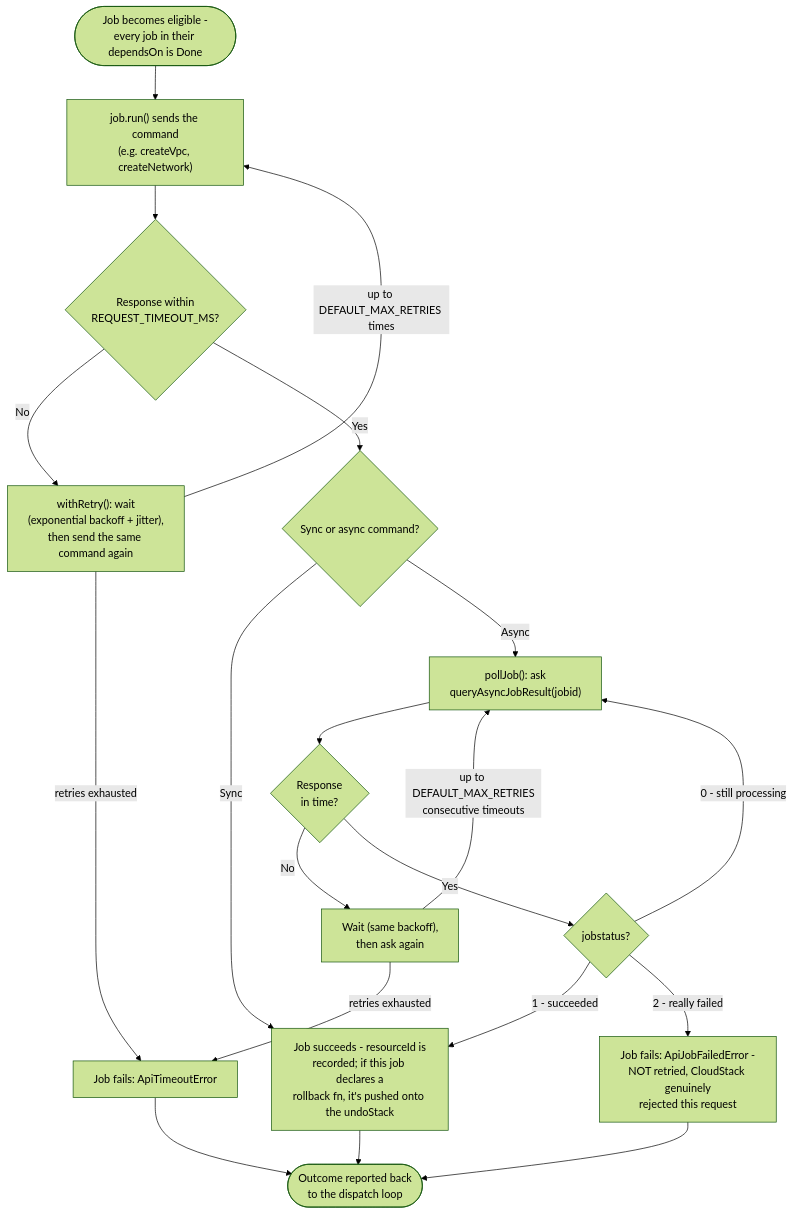
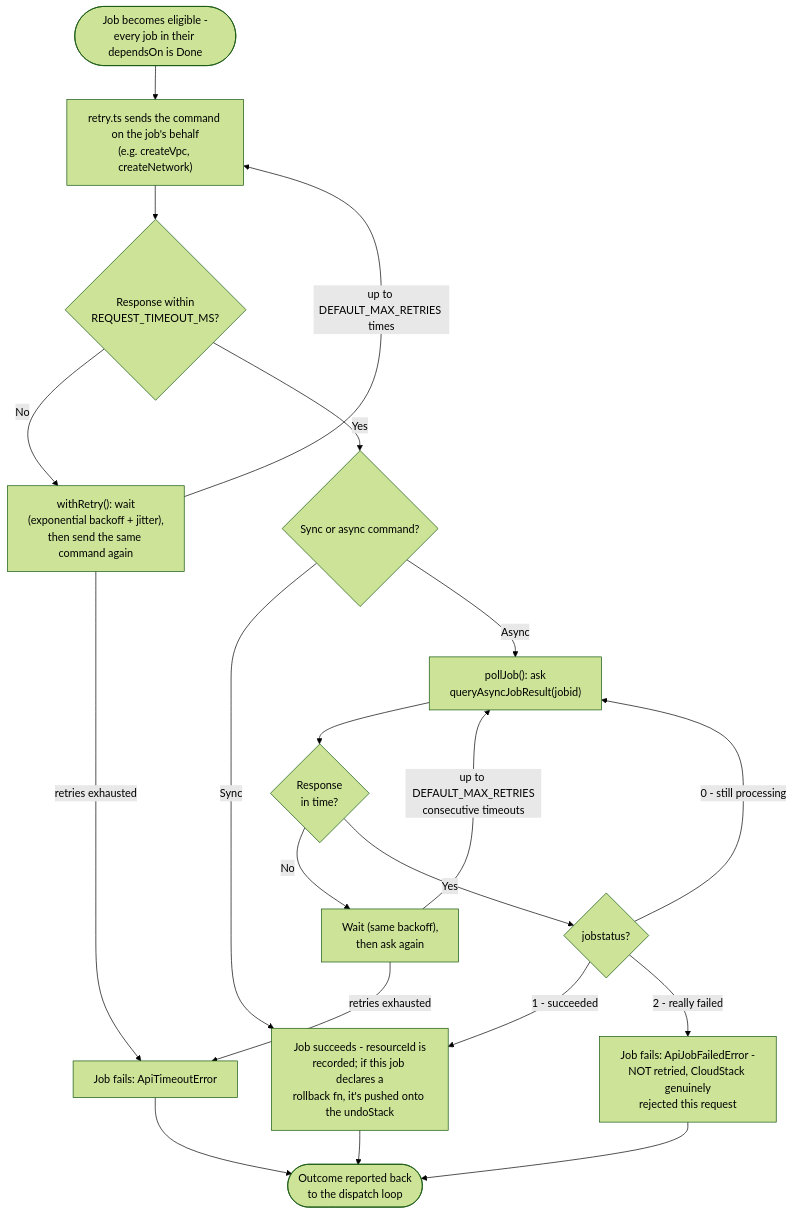
One commit to fachrizadaus/parallel-job-orchestrator changed the second of 2 diagrams in docs/end-to-end-recap.md. Above: the diagram before and after it, drawn with Mermaid (forest theme). The commit also changed other lines of this file and 25 other files, not shown here.

````diff
--- a/docs/end-to-end-recap.md
+++ b/docs/end-to-end-recap.md
@@ -68,29 +72,29 @@
 ```mermaid
 flowchart TD
-    ELIGIBLE(["Job becomes eligible -\nevery job in their dependsOn is Done"]) --> SEND["job.run() sends the command\n(e.g. createVpc, createNetwork)"]
+    ELIGIBLE(["Job becomes eligible -\nevery job in their dependsOn is Done"]) --> SEND["retry.ts sends the command on the job's behalf\n(e.g. createVpc, createNetwork)"]
 
     SEND --> GOTRESPONSE{"Response within\nREQUEST_TIMEOUT_MS?"}
     GOTRESPONSE -->|No| RESEND["withRetry(): wait\n(exponential backoff + jitter),\nthen send the same command again"]
     RESEND -->|"up to DEFAULT_MAX_RETRIES times"| SEND
     RESEND -->|"retries exhausted"| TIMEOUTFAIL["Job fails: ApiTimeoutError"]
 
     GOTRESPONSE -->|Yes| KIND{"Sync or async command?"}
 
     KIND -->|"Sync"| SUCCEED
 
     KIND -->|"Async"| POLL["pollJob(): ask\nqueryAsyncJobResult(jobid)"]
 
     POLL --> POLLRESPONSE{"Response\nin time?"}
     POLLRESPONSE -->|No| RETRYPOLL["Wait (same backoff),\nthen ask again"]
     RETRYPOLL -->|"up to DEFAULT_MAX_RETRIES\nconsecutive timeouts"| POLL
     RETRYPOLL -->|"retries exhausted"| TIMEOUTFAIL
 
     POLLRESPONSE -->|Yes| JOBSTATUS{"jobstatus?"}
     JOBSTATUS -->|"0 - still processing"| POLL
     JOBSTATUS -->|"1 - succeeded"| SUCCEED["Job succeeds - resourceId is\nrecorded; if this job declares a\nrollback fn, it's pushed onto the undoStack"]
     JOBSTATUS -->|"2 - really failed"| REALFAIL["Job fails: ApiJobFailedError -\nNOT retried, CloudStack genuinely\nrejected this request"]
 
     SUCCEED --> DONE(["Outcome reported back\nto the dispatch loop"])
     TIMEOUTFAIL --> DONE
     REALFAIL --> DONE
 ```
````
